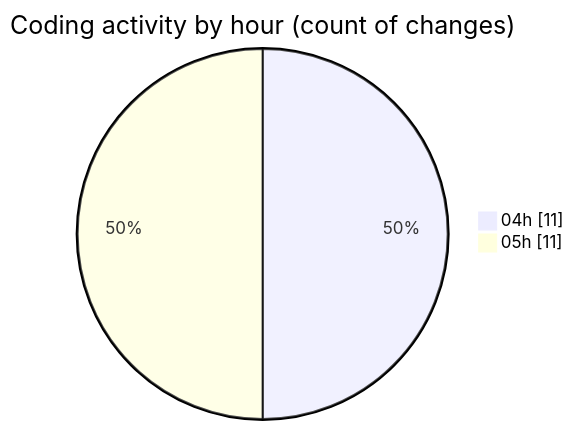
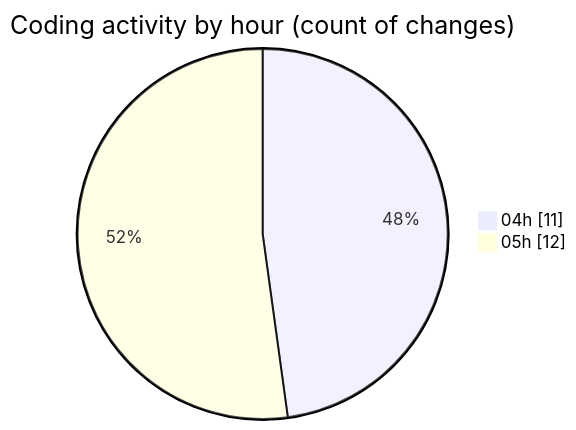
The second of 2 diagrams in 2025-03-27/autodidak/README.md (idhammustaqopulfikri/code-tracking), drawn with Mermaid before and after one commit. The commit also changed other lines of this file and 1 other file, not shown here.

````diff
--- a/2025-03-27/autodidak/README.md
+++ b/2025-03-27/autodidak/README.md
@@ -32,6 +32,6 @@
 ```mermaid
 pie showData
 title Coding activity by hour (count of changes)
 "04h" : 11
-"05h" : 11
+"05h" : 12
 ```
````
